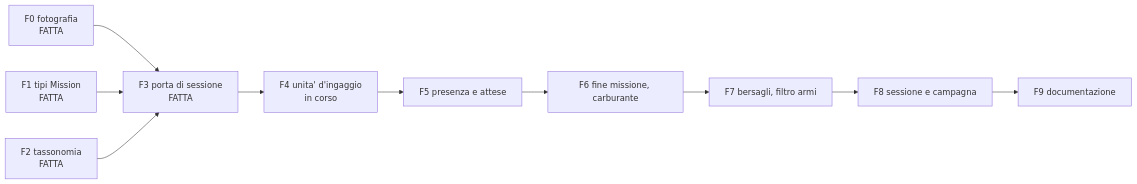
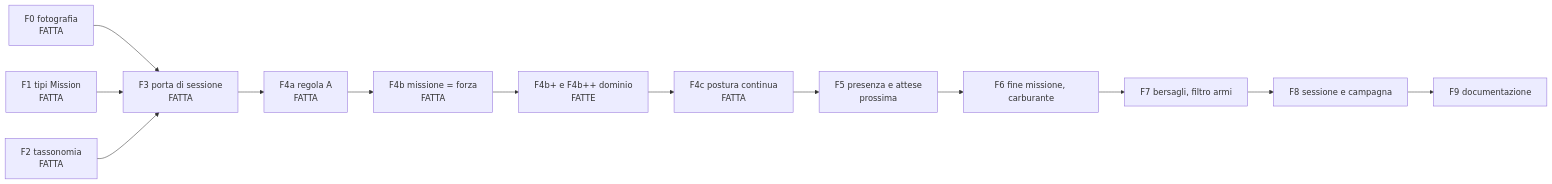
One commit to MakusIV/Warfare-Model changed the diagram in Analysis/Document/Manuale_Motore_DES/10_Limiti_Estensioni_Divergenze.md. Above: the diagram before and after it, drawn with Mermaid. The commit also changed other lines of this file and 11 other files, not shown here.

````diff
--- a/Analysis/Document/Manuale_Motore_DES/10_Limiti_Estensioni_Divergenze.md
+++ b/Analysis/Document/Manuale_Motore_DES/10_Limiti_Estensioni_Divergenze.md
@@ -438,12 +521,15 @@
 ```mermaid
 flowchart LR
     F0["F0 fotografia<br/>FATTA"] --> F3["F3 porta di sessione<br/>FATTA"]
     F1["F1 tipi Mission<br/>FATTA"] --> F3
     F2["F2 tassonomia<br/>FATTA"] --> F3
-    F3 --> F4["F4 unita' d'ingaggio<br/>in corso"]
-    F4 --> F5["F5 presenza e attese"]
+    F3 --> F4A["F4a regola A<br/>FATTA"]
+    F4A --> F4B["F4b missione = forza<br/>FATTA"]
+    F4B --> F4P["F4b+ e F4b++ dominio<br/>FATTE"]
+    F4P --> F4C["F4c postura continua<br/>FATTA"]
+    F4C --> F5["F5 presenza e attese<br/>prossima"]
     F5 --> F6["F6 fine missione, carburante"]
     F6 --> F7["F7 bersagli, filtro armi"]
     F7 --> F8["F8 sessione e campagna"]
     F8 --> F9["F9 documentazione"]
 ```
````
